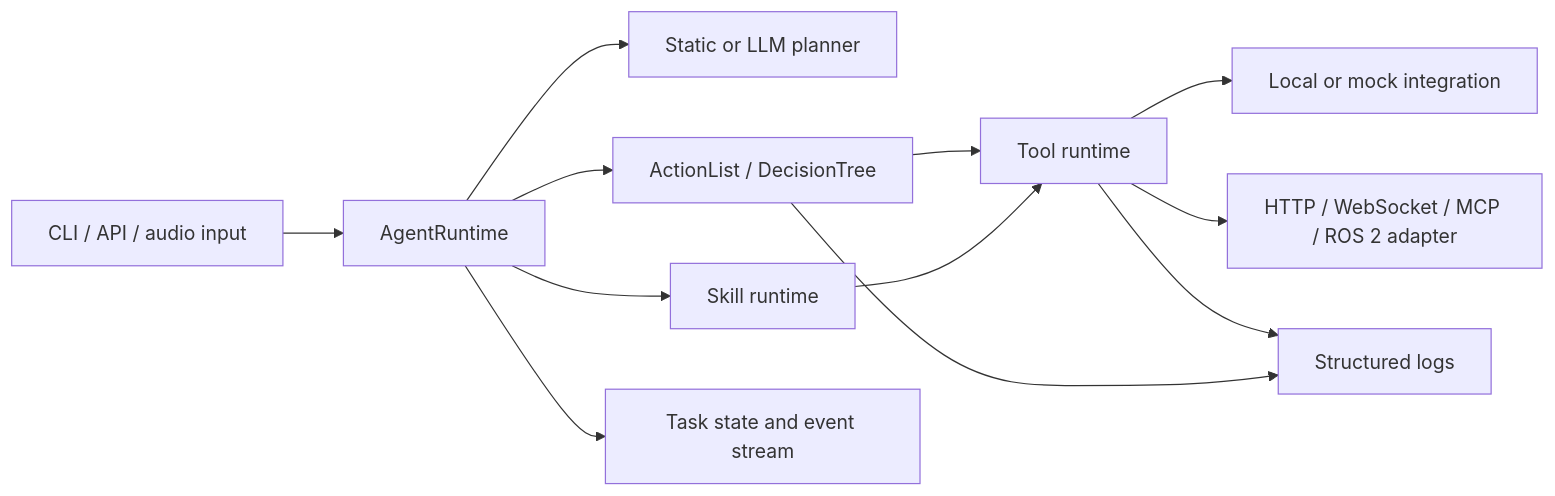
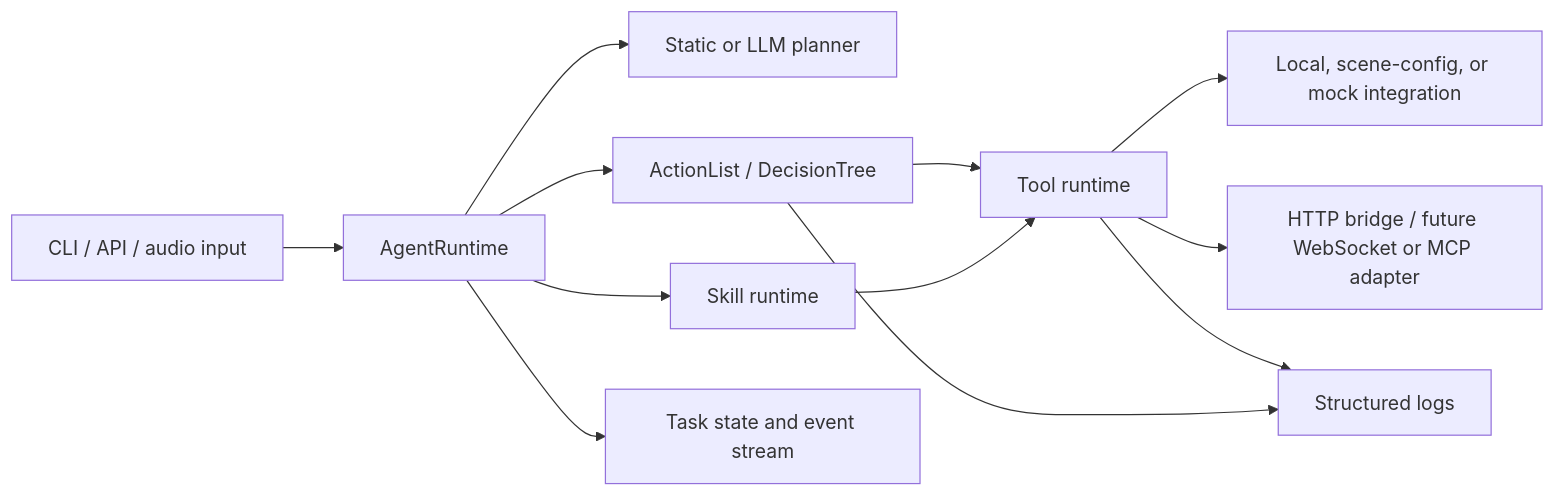
Before and after one commit to Yiannnn-202/SensorAgent: the diagram in docs/architecture.md, drawn with Mermaid. The commit also changed other lines of this file and 11 other files, not shown here.

````diff
--- a/docs/architecture.md
+++ b/docs/architecture.md
@@ -27,14 +27,14 @@
 ```mermaid
 flowchart LR
   USER["CLI / API / audio input"] --> AGENT["AgentRuntime"]
   AGENT --> PLANNER["Static or LLM planner"]
   AGENT --> WORKFLOW["ActionList / DecisionTree"]
   AGENT --> SKILL["Skill runtime"]
   WORKFLOW --> TOOL["Tool runtime"]
   SKILL --> TOOL
-  TOOL --> LOCAL["Local or mock integration"]
-  TOOL --> EXTERNAL["HTTP / WebSocket / MCP / ROS 2 adapter"]
+  TOOL --> LOCAL["Local, scene-config, or mock integration"]
+  TOOL --> EXTERNAL["HTTP bridge / future WebSocket or MCP adapter"]
   AGENT --> STATE["Task state and event stream"]
   TOOL --> LOG["Structured logs"]
   WORKFLOW --> LOG
 ```
````
